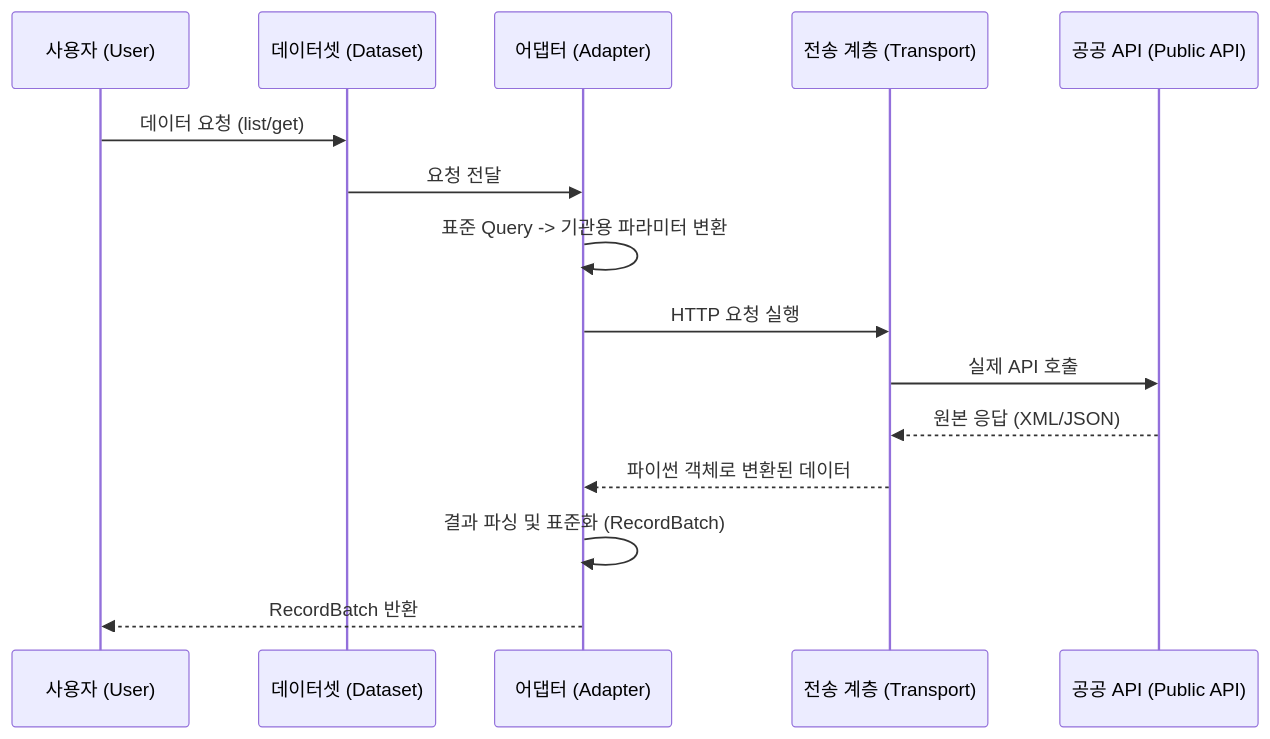
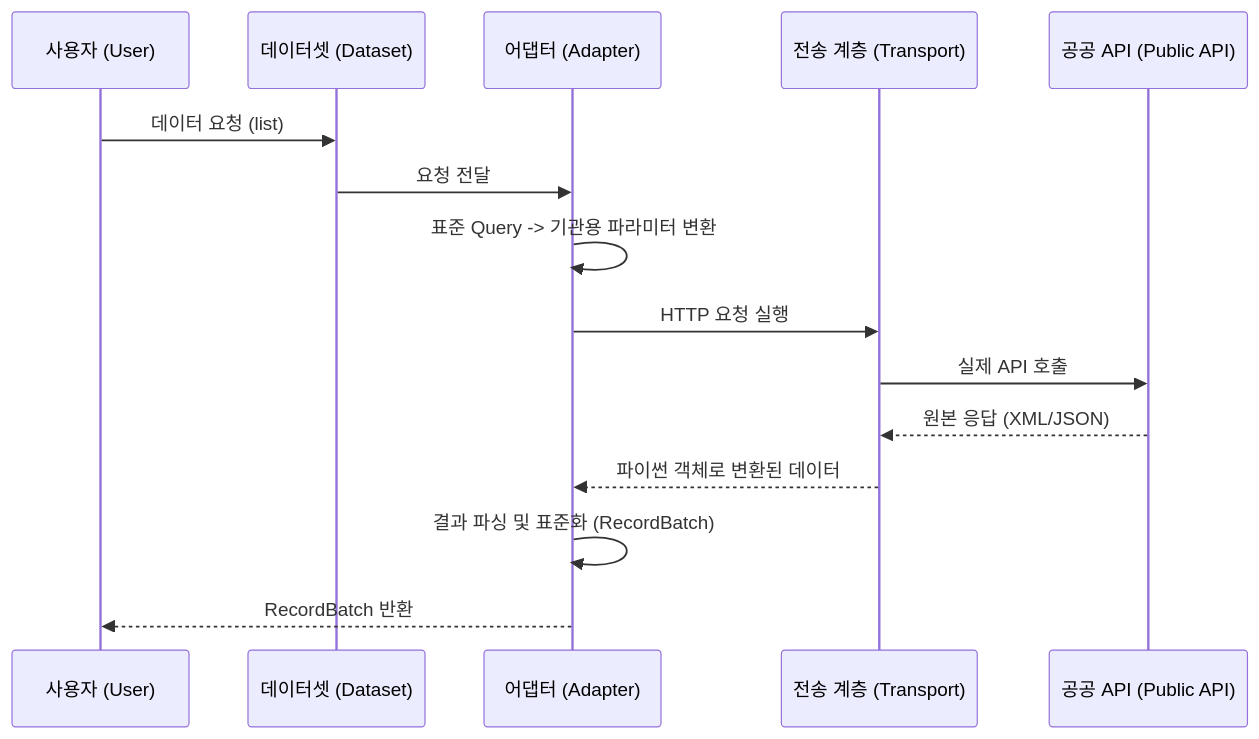
Before and after one commit to yeongseon/kpubdata: the first of 4 diagrams in PROVIDER_ADAPTER_CONTRACT.md, drawn with Mermaid. The commit also changed 8 other files, not shown here.

````diff
--- a/PROVIDER_ADAPTER_CONTRACT.md
+++ b/PROVIDER_ADAPTER_CONTRACT.md
@@ -29,18 +29,18 @@
 ```mermaid
 sequenceDiagram
     participant U as 사용자 (User)
     participant D as 데이터셋 (Dataset)
     participant A as 어댑터 (Adapter)
     participant T as 전송 계층 (Transport)
     participant P as 공공 API (Public API)
 
-    U->>D: 데이터 요청 (list/get)
+    U->>D: 데이터 요청 (list)
     D->>A: 요청 전달
     A->>A: 표준 Query -> 기관용 파라미터 변환
     A->>T: HTTP 요청 실행
     T->>P: 실제 API 호출
     P-->>T: 원본 응답 (XML/JSON)
     T-->>A: 파이썬 객체로 변환된 데이터
     A->>A: 결과 파싱 및 표준화 (RecordBatch)
     A-->>U: RecordBatch 반환
 ```
````
